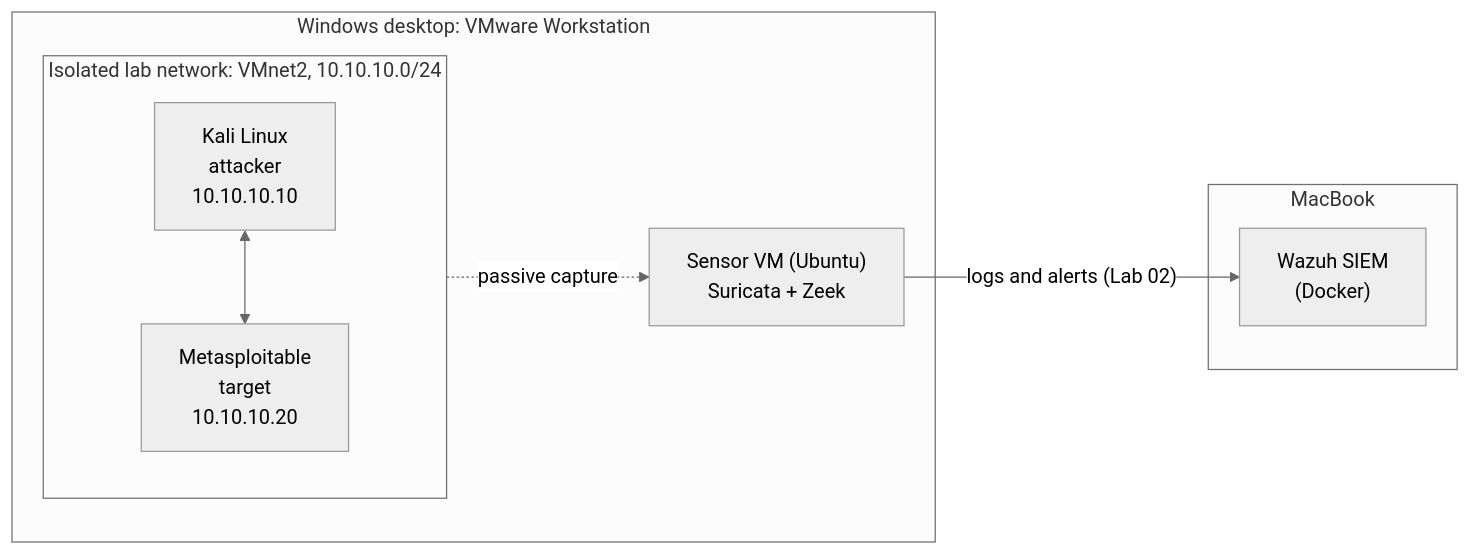
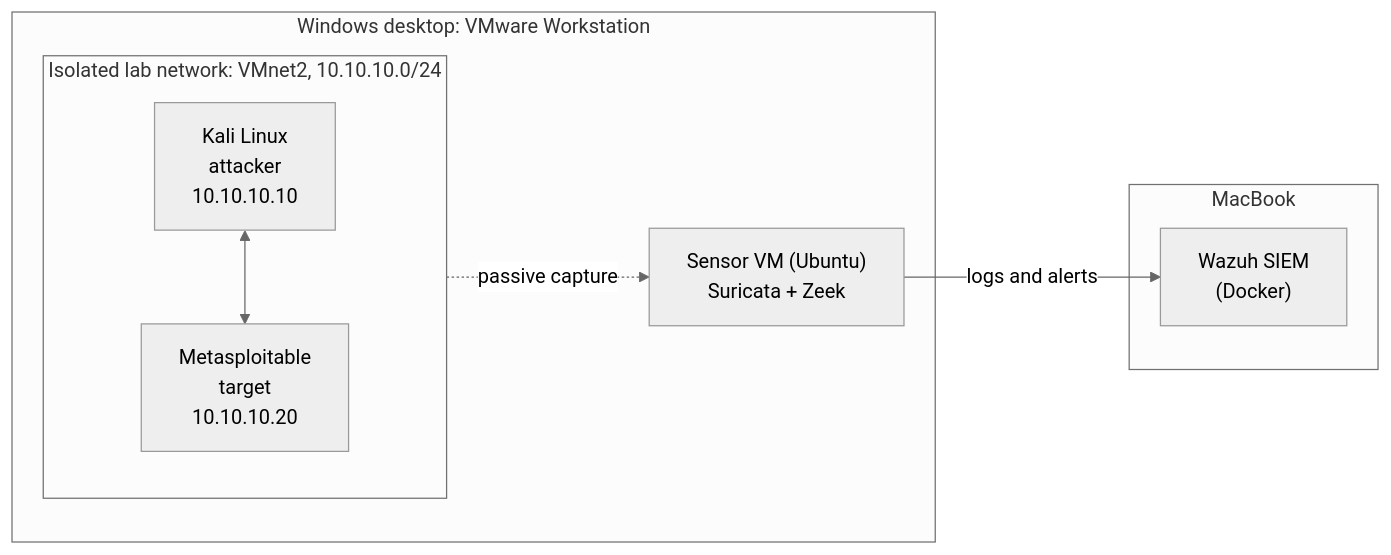
One commit to BrettPridemore/Cybersecurity-Home-Lab changed the diagram in README.md. Above: the diagram before and after it, drawn with Mermaid (neutral theme).

````diff
--- a/README.md
+++ b/README.md
@@ -31,14 +31,14 @@
 ```mermaid
 graph LR
   subgraph DESKTOP["Windows desktop: VMware Workstation"]
     subgraph LAB["Isolated lab network: VMnet2, 10.10.10.0/24"]
       KALI["Kali Linux<br/>attacker<br/>10.10.10.10"] <--> META["Metasploitable<br/>target<br/>10.10.10.20"]
     end
     SENSOR["Sensor VM (Ubuntu)<br/>Suricata + Zeek"]
   end
   subgraph MAC["MacBook"]
     SIEM["Wazuh SIEM<br/>(Docker)"]
   end
   LAB -. passive capture .-> SENSOR
-  SENSOR -->|"logs and alerts (Lab 02)"| SIEM
+  SENSOR -->|"logs and alerts"| SIEM
 ```
````
